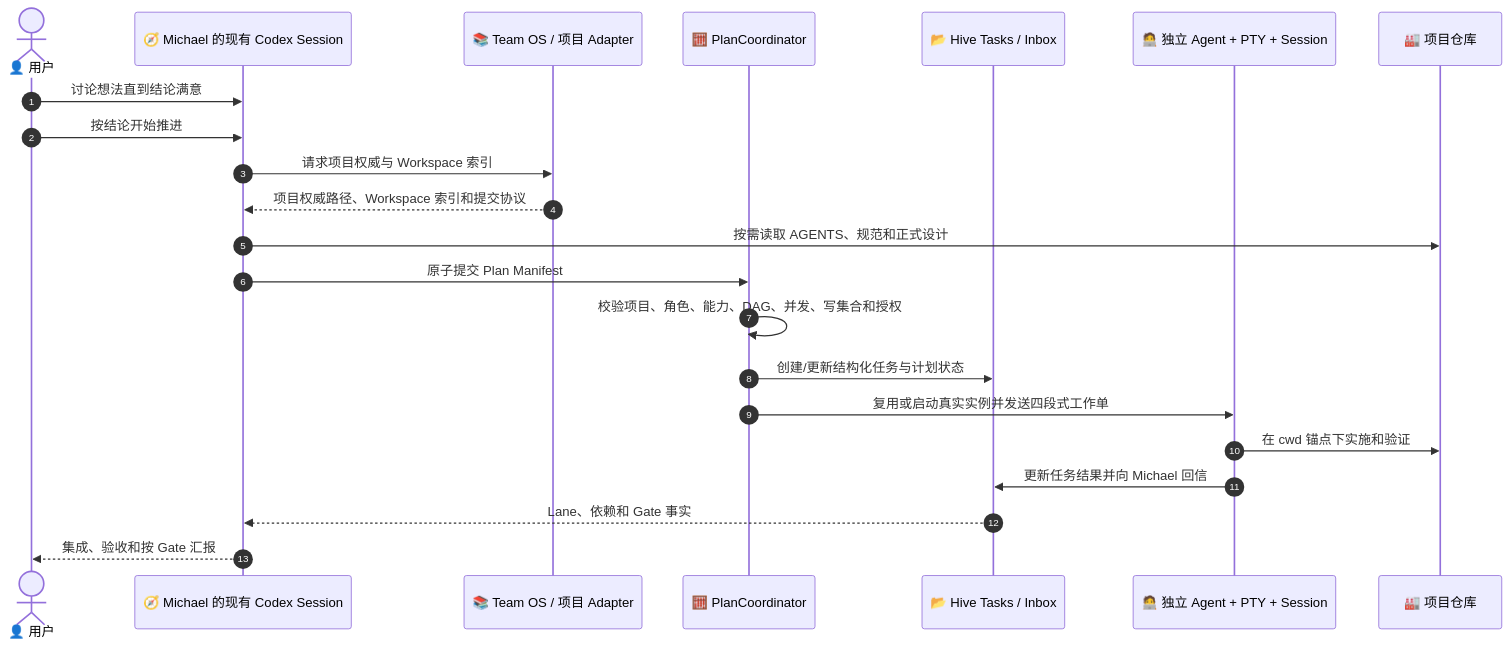
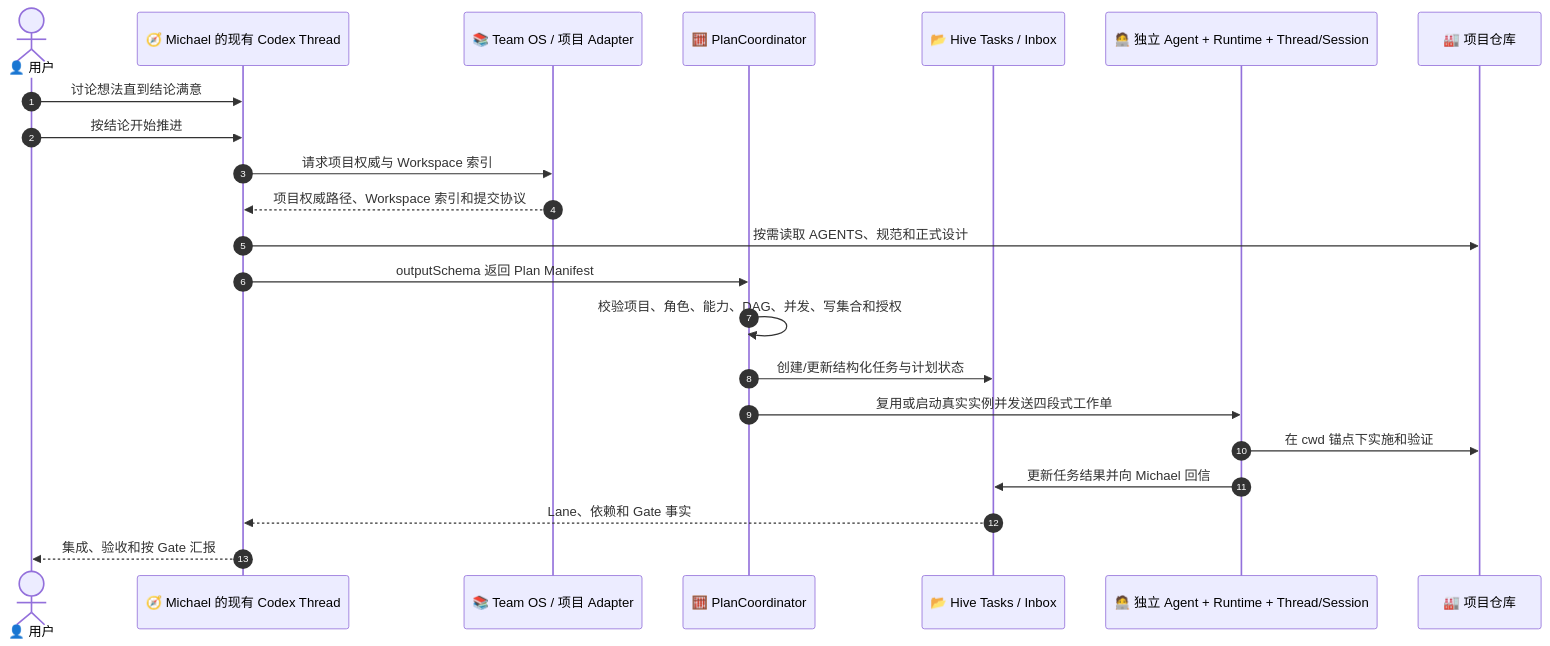
The seventh of 8 diagrams in docs/diy/正式设计文档/01-Munder-Difflin多Agent角色办公室架构与运行机制.md (kldancer/munder-difflin), drawn with Mermaid before and after one commit. The commit also changed other lines of this file and 27 other files, not shown here.

First line of the commit message:
feat(diy): add Codex App Server native runtime

````diff
--- a/docs/diy/正式设计文档/01-Munder-Difflin多Agent角色办公室架构与运行机制.md
+++ b/docs/diy/正式设计文档/01-Munder-Difflin多Agent角色办公室架构与运行机制.md
@@ -538,25 +533,25 @@
 ```mermaid
 sequenceDiagram
     autonumber
     actor User as 👤 用户
-    participant Michael as 🧭 Michael 的现有 Codex Session
+    participant Michael as 🧭 Michael 的现有 Codex Thread
     participant TeamOS as 📚 Team OS / 项目 Adapter
     participant Planner as 🧮 PlanCoordinator
     participant Hive as 📂 Hive Tasks / Inbox
-    participant Worker as 🧑‍💻 独立 Agent + PTY + Session
+    participant Worker as 🧑‍💻 独立 Agent + Runtime + Thread/Session
     participant Repo as 🏭 项目仓库
 
     User->>Michael: 讨论想法直到结论满意
     User->>Michael: 按结论开始推进
     Michael->>TeamOS: 请求项目权威与 Workspace 索引
     TeamOS-->>Michael: 项目权威路径、Workspace 索引和提交协议
     Michael->>Repo: 按需读取 AGENTS、规范和正式设计
-    Michael->>Planner: 原子提交 Plan Manifest
+    Michael->>Planner: outputSchema 返回 Plan Manifest
     Planner->>Planner: 校验项目、角色、能力、DAG、并发、写集合和授权
     Planner->>Hive: 创建/更新结构化任务与计划状态
     Planner->>Worker: 复用或启动真实实例并发送四段式工作单
     Worker->>Repo: 在 cwd 锚点下实施和验证
     Worker->>Hive: 更新任务结果并向 Michael 回信
     Hive-->>Michael: Lane、依赖和 Gate 事实
     Michael-->>User: 集成、验收和按 Gate 汇报
 ```
````
